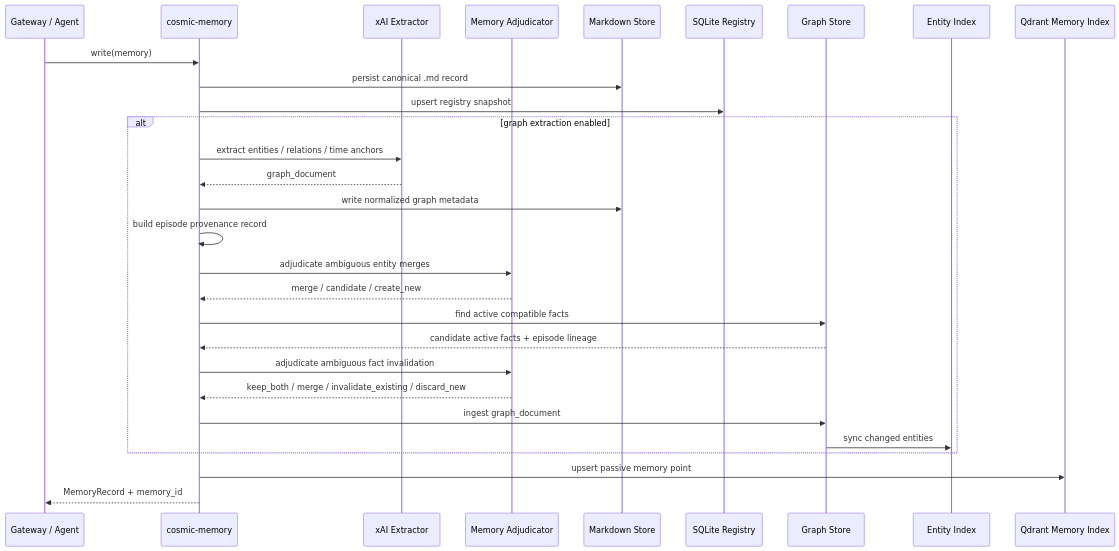
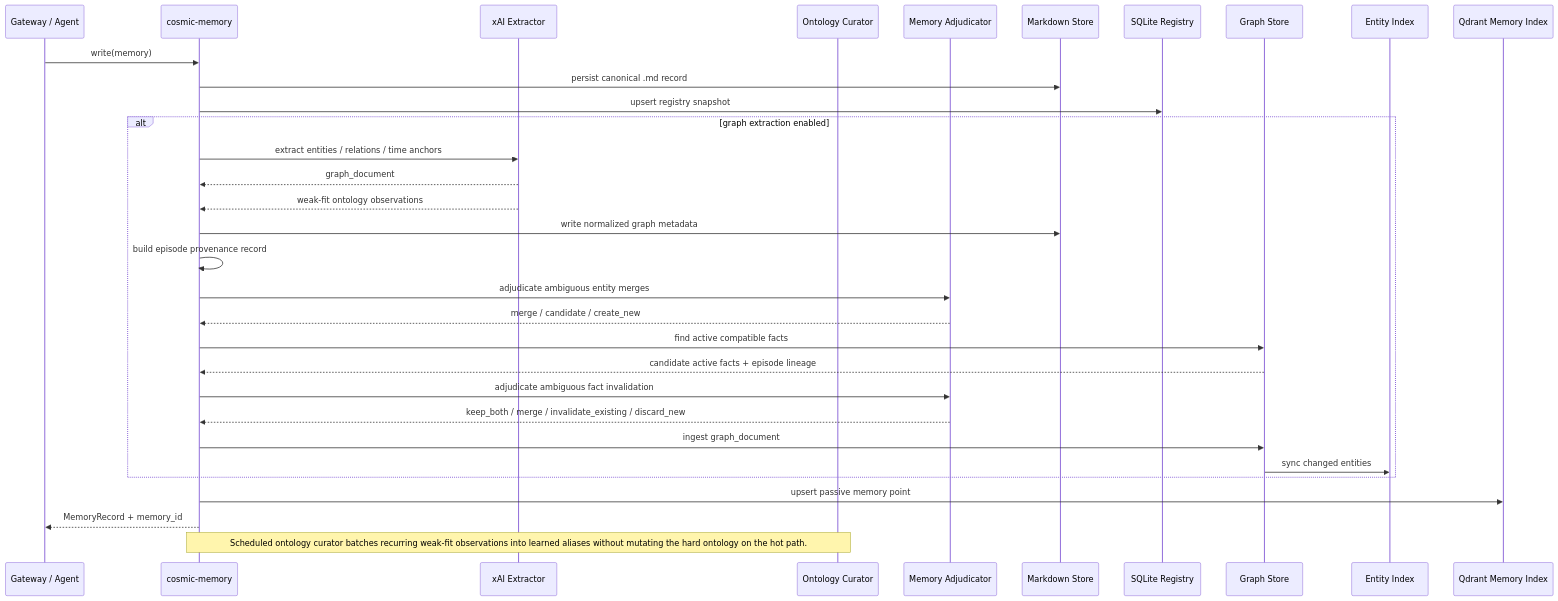
One commit to uspraveen/cosmic-memory changed the second of 4 diagrams in README.md. Above: the diagram before and after it, drawn with Mermaid. The commit also changed other lines of this file and 15 other files, not shown here.

Commit message:
Add soft ontology curator loop

````diff
--- a/README.md
+++ b/README.md
@@ -78,32 +78,35 @@
 ```mermaid
 sequenceDiagram
     participant GW as Gateway / Agent
     participant CM as cosmic-memory
     participant X as xAI Extractor
+    participant OC as Ontology Curator
     participant A as Memory Adjudicator
     participant MD as Markdown Store
     participant REG as SQLite Registry
     participant G as Graph Store
     participant EI as Entity Index
     participant Q as Qdrant Memory Index
 
     GW->>CM: write(memory)
     CM->>MD: persist canonical .md record
     CM->>REG: upsert registry snapshot
     alt graph extraction enabled
         CM->>X: extract entities / relations / time anchors
         X-->>CM: graph_document
+        X-->>CM: weak-fit ontology observations
         CM->>MD: write normalized graph metadata
         CM->>CM: build episode provenance record
         CM->>A: adjudicate ambiguous entity merges
         A-->>CM: merge / candidate / create_new
         CM->>G: find active compatible facts
         G-->>CM: candidate active facts + episode lineage
         CM->>A: adjudicate ambiguous fact invalidation
         A-->>CM: keep_both / merge / invalidate_existing / discard_new
         CM->>G: ingest graph_document
         G->>EI: sync changed entities
     end
     CM->>Q: upsert passive memory point
     CM-->>GW: MemoryRecord + memory_id
+    Note over CM,OC: Scheduled ontology curator batches recurring weak-fit observations into learned aliases without mutating the hard ontology on the hot path.
 ```
````
